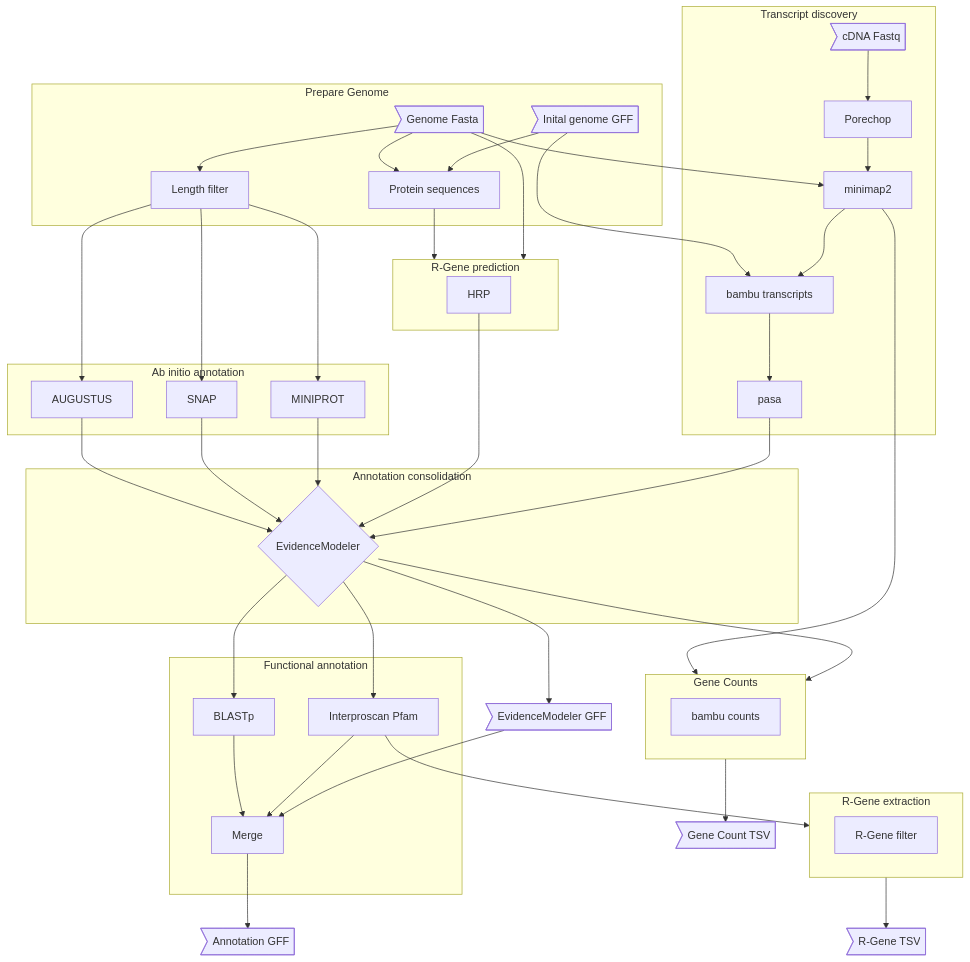
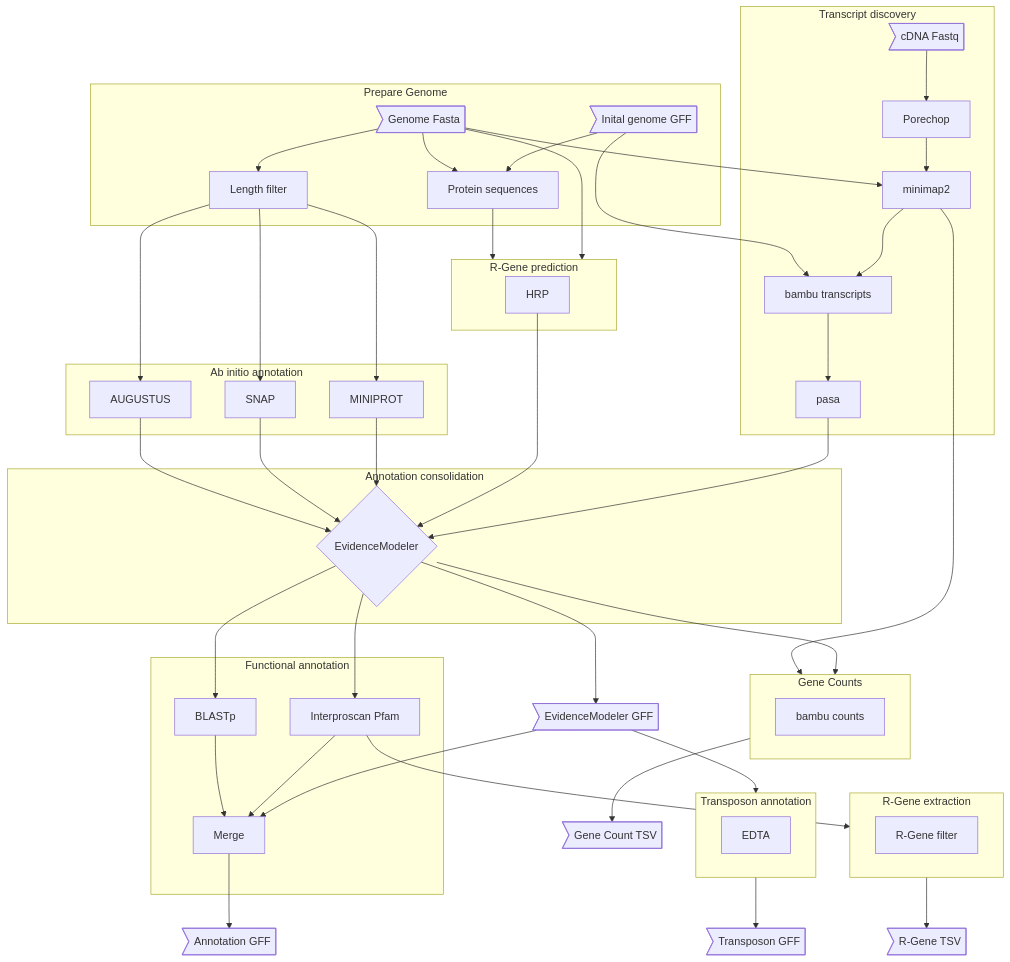
Before and after one commit to nschan/nf-annotate: the first of 2 diagrams in README.md, drawn with Mermaid. The commit also changed 9 other files, not shown here.

````diff
--- a/README.md
+++ b/README.md
@@ -15,53 +15,58 @@
 ```mermaid
 graph TD;
     subgraph Prepare Genome
     gfasta>Genome Fasta] --> lfilt[Length filter];
     gfasta --> pseqs[Protein sequences];
     ggff>Inital genome GFF] --> pseqs;
     end
     subgraph abinitio[Ab initio annotation]
     lfilt --> AUGUSTUS;
     lfilt --> SNAP;
     lfilt --> MINIPROT;
     end
     subgraph hrp[R-Gene prediction]
     HRP
     end
     pseqs --> hrp
     gfasta --> hrp
     subgraph Transcript discovery
     cDNA>cDNA Fastq] --> Porechop;
     Porechop --> minimap2;
     gfasta --> minimap2;
     ggff --> batrans[bambu transcripts]
     minimap2 --> batrans;
     batrans --> pasa;
     end
     subgraph Annotation consolidation
     AUGUSTUS --> EvidenceModeler{EvidenceModeler};
     SNAP --> EvidenceModeler;
     MINIPROT --> EvidenceModeler;
     HRP --> EvidenceModeler;
     pasa --> EvidenceModeler;
     end
     EvidenceModeler --> evGFF>EvidenceModeler GFF]
     subgraph counts[Gene Counts]
     bacounts[bambu counts]
     end
     subgraph Rgene[R-Gene extraction]
     rgene[R-Gene filter];
     end
     pfam --> Rgene
     Rgene --> r_tsv>R-Gene TSV];
     minimap2 --> counts;
     EvidenceModeler --> counts;
     counts --> tsv_count>Gene Count TSV];
     subgraph Functional annotation
     EvidenceModeler --> BLASTp;
     EvidenceModeler --> pfam[Interproscan Pfam];
     BLASTp --> func[Merge];
     pfam --> func;
     end
     evGFF --> func
-    func --> gff_anno>Annotation GFF];
+    func --> gff_anno>Annotation GFF]
+    subgraph Transposon[Transposon annotation]
+    edta[EDTA]
+    end
+    evGFF --> Transposon
+    Transposon --> tranposonGFF>Transposon GFF]
 ```
````
